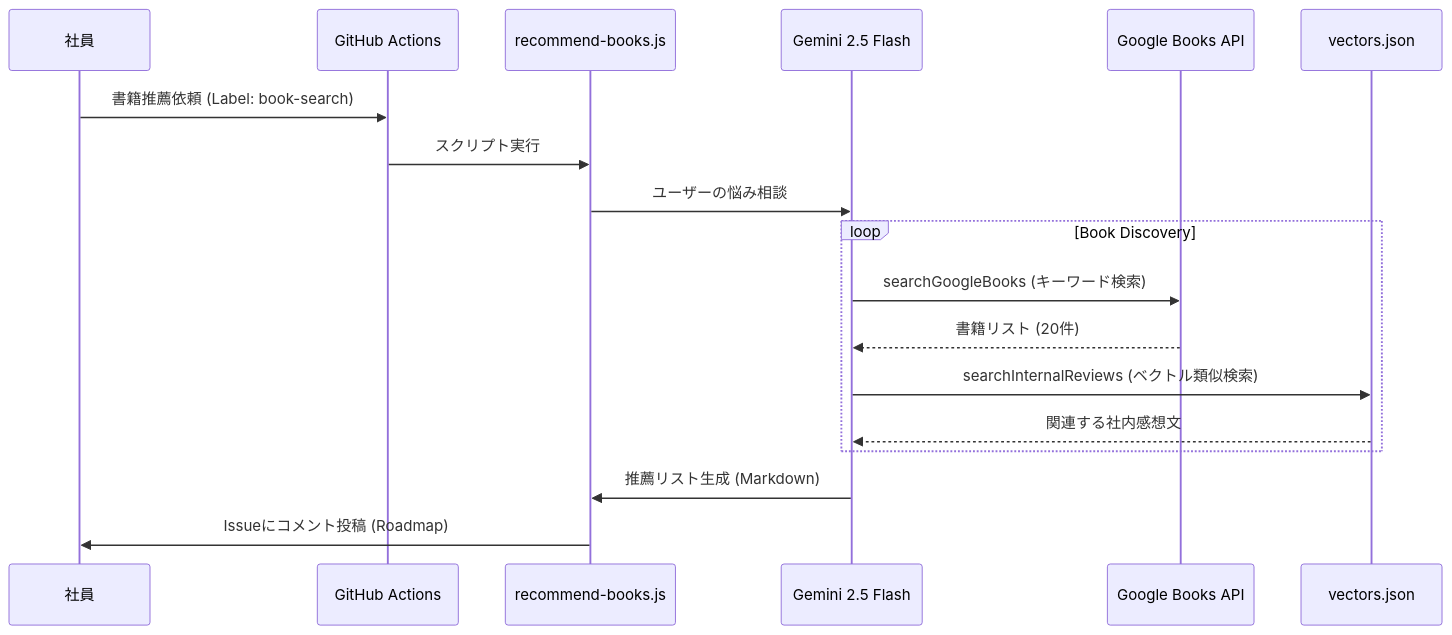
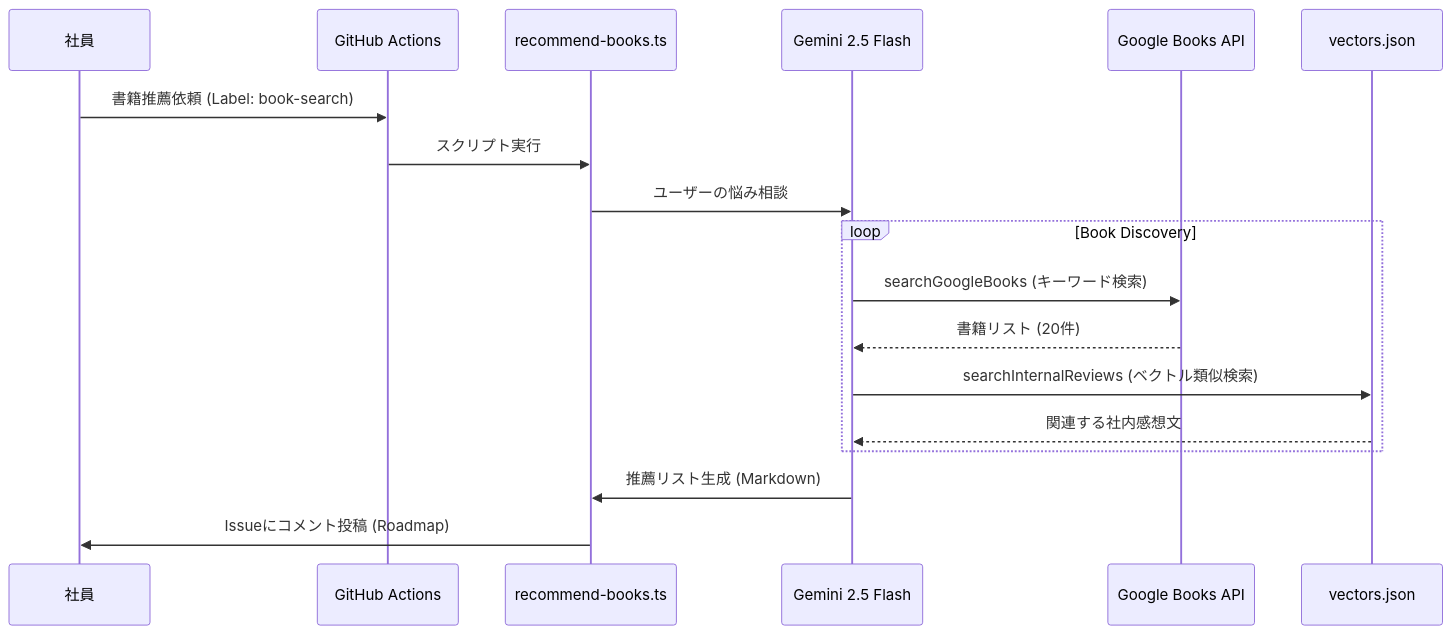
One commit to Saitekiinc-com/saiteki-study-doc changed the second of 2 diagrams in README.md. Above: the diagram before and after it, drawn with Mermaid. The commit also changed other lines of this file and 2 other files, not shown here.

Commit message:
fix: update generate-roadmap workflow and readme refs for ts migration

````diff
--- a/README.md
+++ b/README.md
@@ -76,21 +76,21 @@
 ```mermaid
 sequenceDiagram
     participant User as 社員
     participant Action as GitHub Actions
-    participant Script as recommend-books.js
+    participant Script as recommend-books.ts
     participant AI as Gemini 2.5 Flash
     participant GBooks as Google Books API
     participant JSON as vectors.json
 
     User->>Action: 書籍推薦依頼 (Label: book-search)
     Action->>Script: スクリプト実行
     Script->>AI: ユーザーの悩み相談
     loop Book Discovery
         AI->>GBooks: searchGoogleBooks (キーワード検索)
         GBooks-->>AI: 書籍リスト (20件)
         AI->>JSON: searchInternalReviews (ベクトル類似検索)
         JSON-->>AI: 関連する社内感想文
     end
     AI->>Script: 推薦リスト生成 (Markdown)
     Script->>User: Issueにコメント投稿 (Roadmap)
 ```
````
